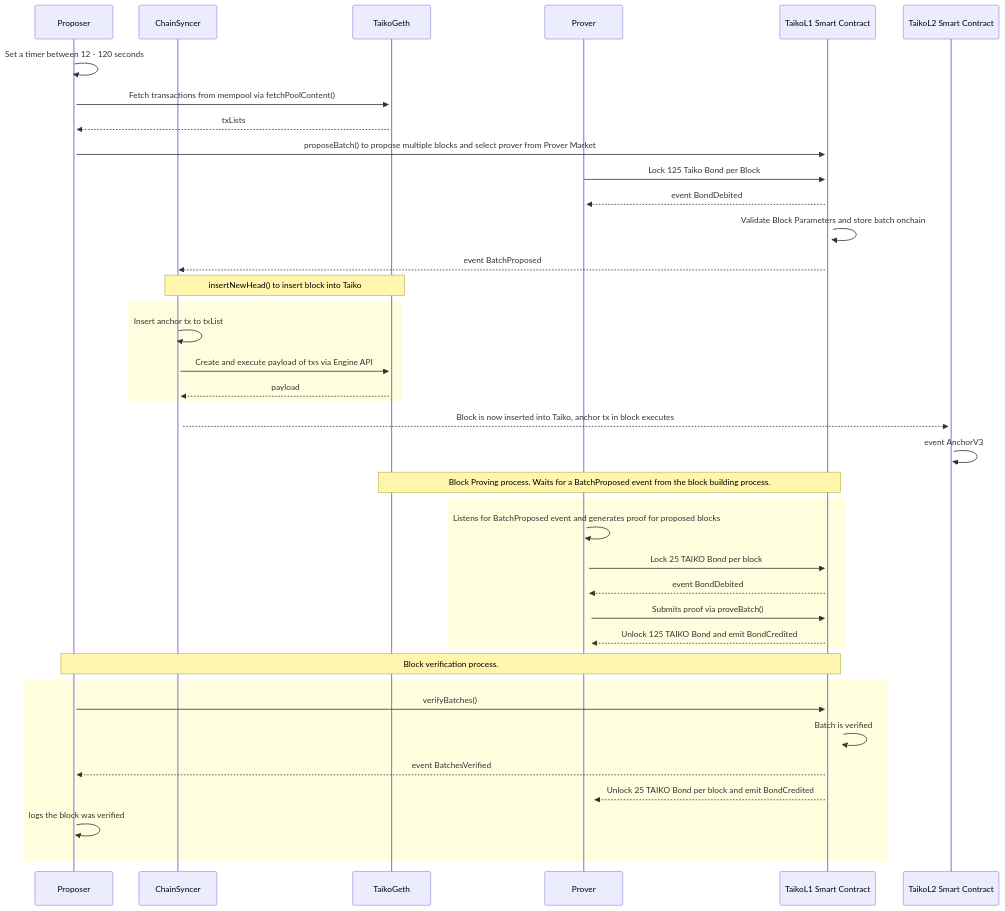
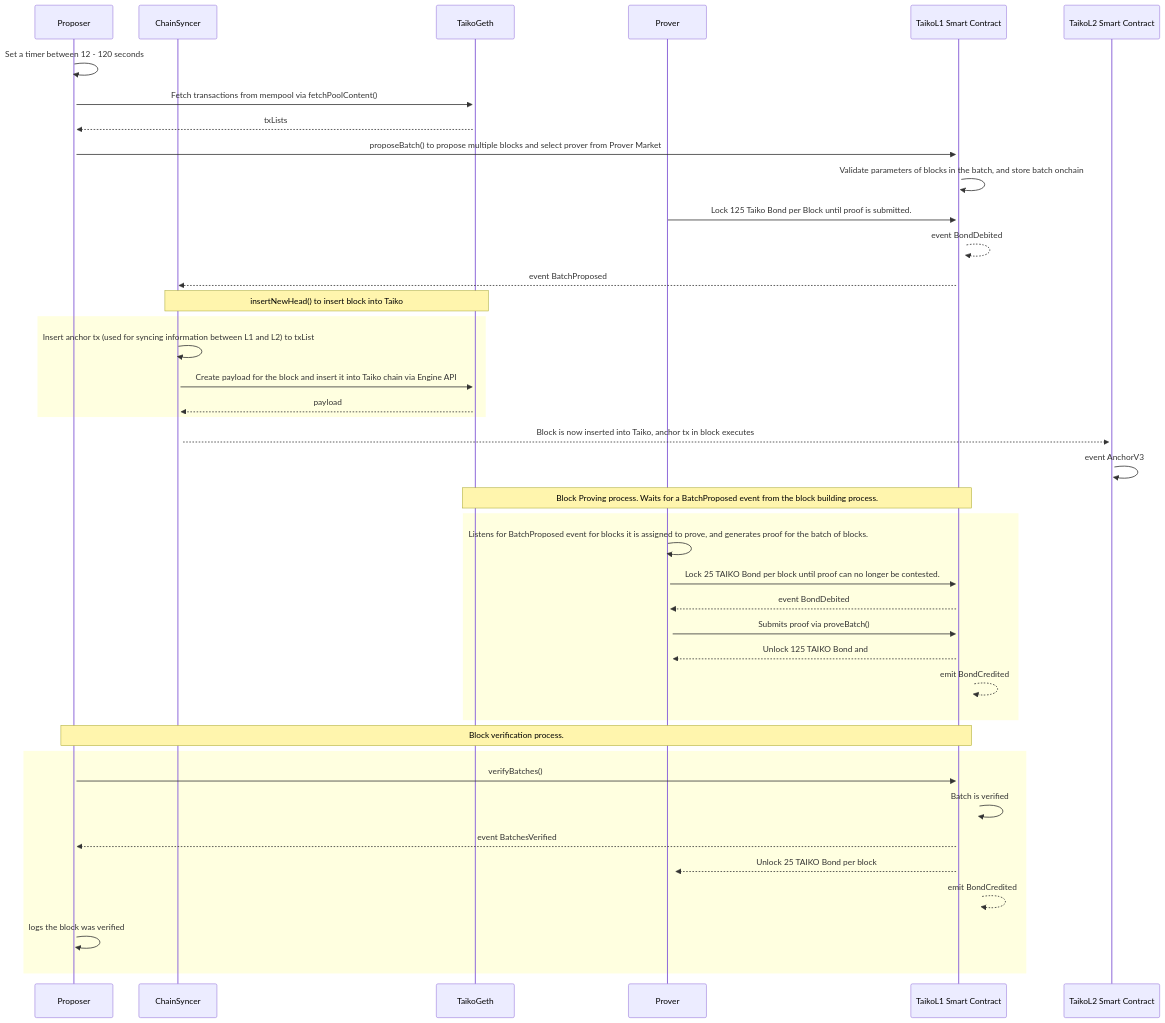
The diagram in diagram.MD (fahimahmedx/taiko-block-building), drawn with Mermaid before and after one commit.

Commit message:
improve readability of diagram

````diff
--- a/diagram.MD
+++ b/diagram.MD
@@ -1,43 +1,45 @@
 ```mermaid
 sequenceDiagram
 participant Proposer
 participant ChainSyncer
 participant TaikoGeth
 participant Prover
 participant TaikoL1 Smart Contract
 participant TaikoL2 Smart Contract
 
 
 Proposer->>+Proposer: Set a timer between 12 - 120 seconds
 Proposer->>+TaikoGeth: Fetch transactions from mempool via fetchPoolContent()
 TaikoGeth-->>Proposer: txLists
 Proposer->>+TaikoL1 Smart Contract: proposeBatch() to propose multiple blocks and select prover from Prover Market
-Prover->>+TaikoL1 Smart Contract: Lock 125 Taiko Bond per Block
-TaikoL1 Smart Contract-->>+Prover: event BondDebited
-TaikoL1 Smart Contract->>+TaikoL1 Smart Contract: Validate Block Parameters and store batch onchain
+TaikoL1 Smart Contract->>+TaikoL1 Smart Contract: Validate parameters of blocks in the batch, and store batch onchain
+Prover->>+TaikoL1 Smart Contract: Lock 125 Taiko Bond per Block until proof is submitted.
+TaikoL1 Smart Contract-->>+TaikoL1 Smart Contract: event BondDebited
 TaikoL1 Smart Contract-->>ChainSyncer: event BatchProposed
 note over ChainSyncer,TaikoGeth: insertNewHead() to insert block into Taiko
 rect LightYellow
-ChainSyncer->>+ChainSyncer: Insert anchor tx to txList
-ChainSyncer->>+TaikoGeth: Create and execute payload of txs via Engine API
+ChainSyncer->>+ChainSyncer: Insert anchor tx (used for syncing information between L1 and L2) to txList
+ChainSyncer->>+TaikoGeth: Create payload for the block and insert it into Taiko chain via Engine API
 TaikoGeth-->>+ChainSyncer: payload
 end
 ChainSyncer-->>+TaikoL2 Smart Contract: Block is now inserted into Taiko, anchor tx in block executes
 TaikoL2 Smart Contract->>+TaikoL2 Smart Contract: event AnchorV3
 note over TaikoGeth,TaikoL1 Smart Contract: Block Proving process. Waits for a BatchProposed event from the block building process.
 rect LightYellow
-Prover->>+Prover: Listens for BatchProposed event and generates proof for proposed blocks
-Prover->>+TaikoL1 Smart Contract: Lock 25 TAIKO Bond per block
+Prover->>+Prover: Listens for BatchProposed event for blocks it is assigned to prove, and generates proof for the batch of blocks.
+Prover->>+TaikoL1 Smart Contract: Lock 25 TAIKO Bond per block until proof can no longer be contested.
 TaikoL1 Smart Contract-->>+Prover: event BondDebited
 Prover->>+TaikoL1 Smart Contract: Submits proof via proveBatch()
-TaikoL1 Smart Contract-->>+Prover: Unlock 125 TAIKO Bond and emit BondCredited
+TaikoL1 Smart Contract-->>+Prover: Unlock 125 TAIKO Bond and 
+TaikoL1 Smart Contract-->>+TaikoL1 Smart Contract: emit BondCredited
 end
 note over Proposer,TaikoL1 Smart Contract: Block verification process.
 rect LightYellow
 Proposer->>+TaikoL1 Smart Contract: verifyBatches()
 TaikoL1 Smart Contract->>+TaikoL1 Smart Contract: Batch is verified
 TaikoL1 Smart Contract-->>Proposer: event BatchesVerified
-TaikoL1 Smart Contract-->>+Prover: Unlock 25 TAIKO Bond per block and emit BondCredited
+TaikoL1 Smart Contract-->>+Prover: Unlock 25 TAIKO Bond per block
+TaikoL1 Smart Contract-->>+TaikoL1 Smart Contract: emit BondCredited
 Proposer->>+Proposer: logs the block was verified
 end
 ```
````
